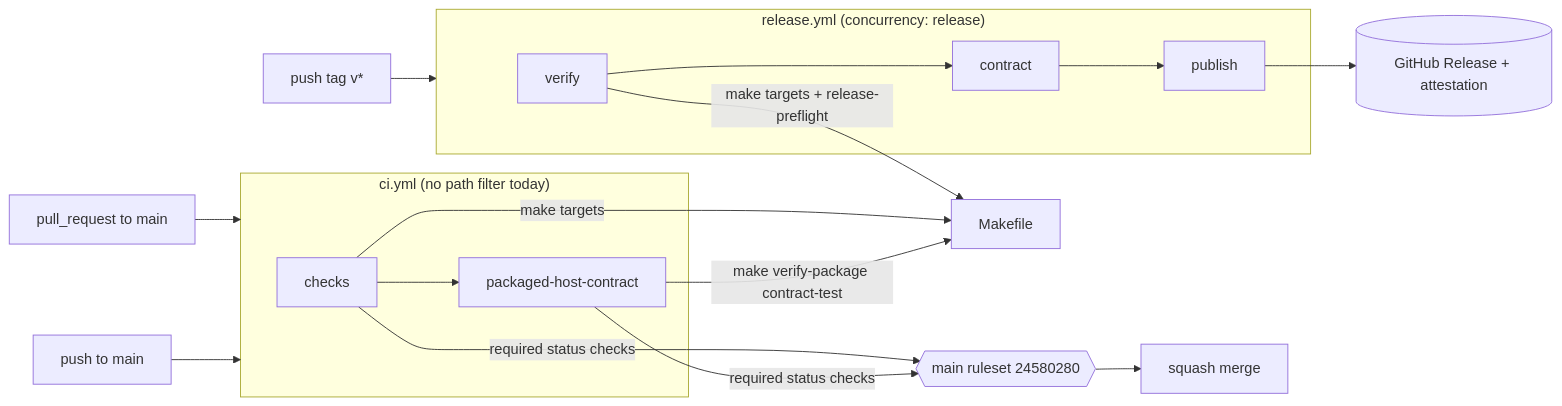
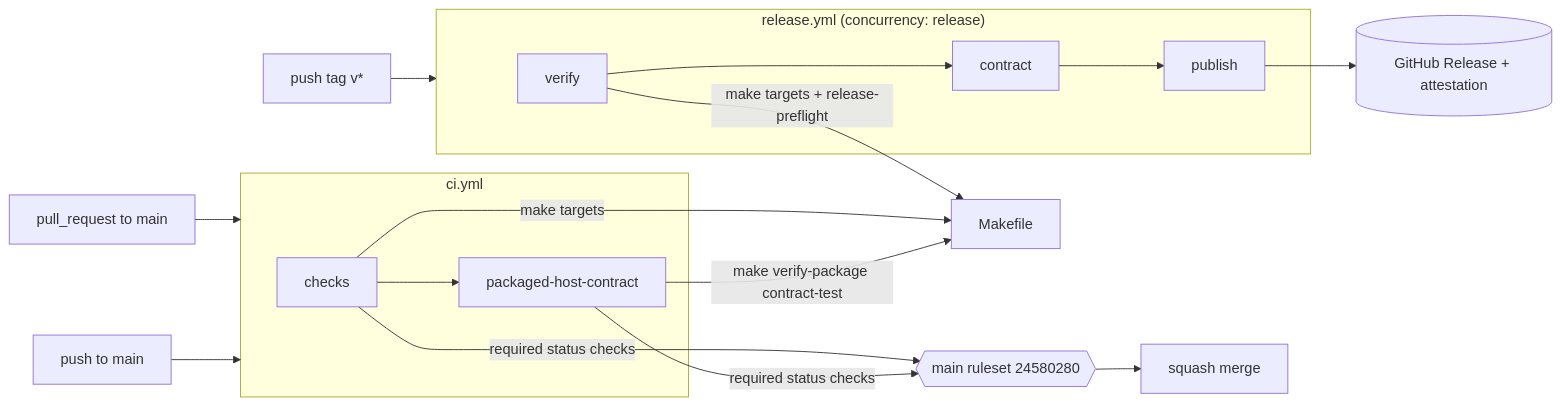
One commit to khuongdo/kandev-plugin-nulab-backlog changed the second of 10 diagrams in aidlc/spaces/default/codekb/kandev-plugin-nulab-backlog/architecture.md. Above: the diagram before and after it, drawn with Mermaid. The commit also changed other lines of this file and 53 other files, not shown here.

````diff
--- a/aidlc/spaces/default/codekb/kandev-plugin-nulab-backlog/architecture.md
+++ b/aidlc/spaces/default/codekb/kandev-plugin-nulab-backlog/architecture.md
@@ -50,18 +73,18 @@
 ```mermaid
 flowchart LR
   PR[pull_request to main] --> CI
   PM[push to main] --> CI
-  subgraph CI["ci.yml (no path filter today)"]
+  subgraph CI["ci.yml"]
     CH[checks] --> PHC[packaged-host-contract]
   end
   CH -- make targets --> MK[Makefile]
   PHC -- make verify-package contract-test --> MK
   CH & PHC -- required status checks --> RS{{main ruleset 24580280}}
   RS --> SQ[squash merge]
   TAG[push tag v*] --> RL
   subgraph RL["release.yml (concurrency: release)"]
     VE[verify] --> CT[contract] --> PU[publish]
   end
   VE -- make targets + release-preflight --> MK
   PU --> GR[(GitHub Release + attestation)]
 ```
````
